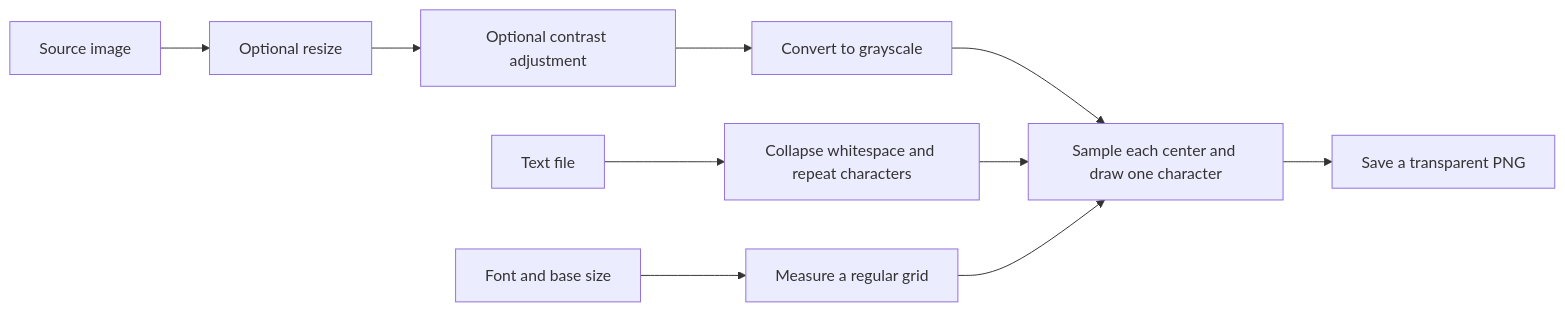
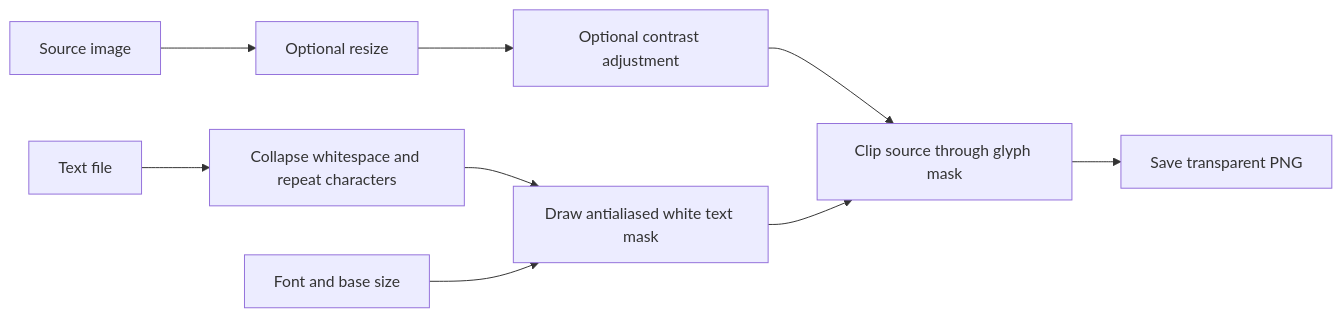
Before and after one commit to santiagoa58/image-play: the second of 2 diagrams in docs/how-the-effects-work.md, drawn with Mermaid. The commit also changed other lines of this file and 12 other files, not shown here.

Commit message:
feat: Render text mosaics with source-color glyph masks

````diff
--- a/docs/how-the-effects-work.md
+++ b/docs/how-the-effects-work.md
@@ -608,12 +608,11 @@
 ```mermaid
 flowchart LR
     image[Source image] --> resize[Optional resize]
     resize --> contrast[Optional contrast adjustment]
-    contrast --> gray[Convert to grayscale]
+    contrast --> clip[Clip source through glyph mask]
     text[Text file] --> normalize[Collapse whitespace and repeat characters]
-    font[Font and base size] --> grid[Measure a regular grid]
-    gray --> draw[Sample each center and draw one character]
-    normalize --> draw
-    grid --> draw
-    draw --> png[Save a transparent PNG]
+    normalize --> mask[Draw antialiased white text mask]
+    font[Font and base size] --> mask
+    mask --> clip
+    clip --> png[Save transparent PNG]
 ```
````
